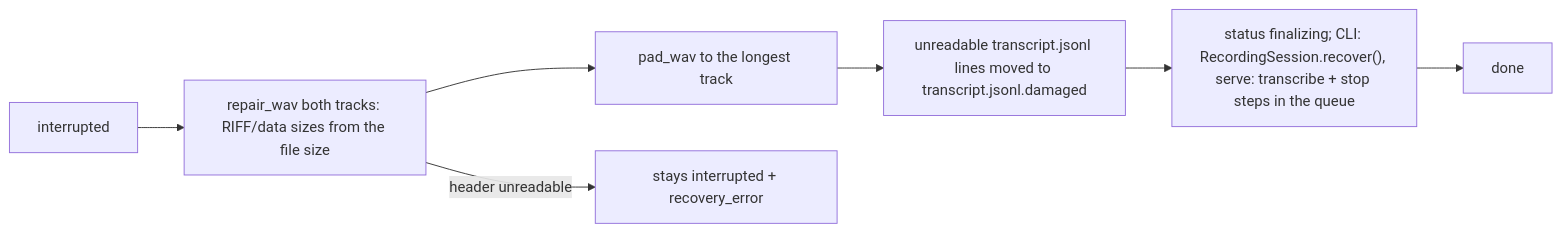
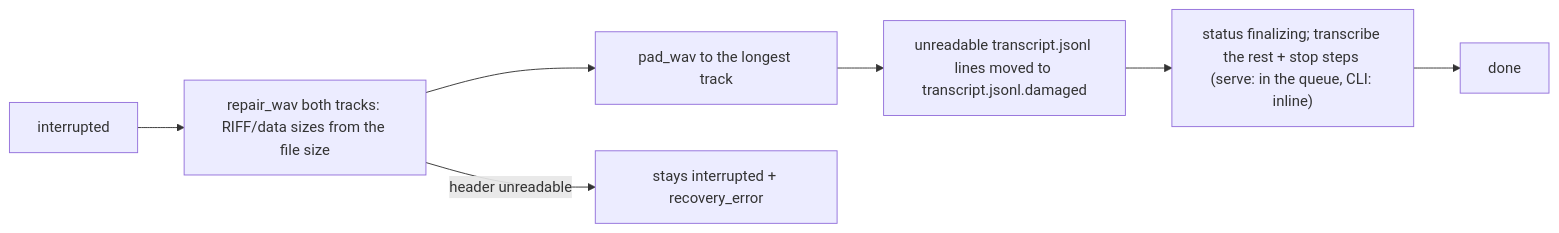
Before and after one commit to laquilas/VozAta: the second of 3 diagrams in docs/roadmap/architecture.md, drawn with Mermaid. The commit also changed other lines of this file and 16 other files, not shown here.

Commit message:
fix(engine): recover interrupted meetings in the CLI through the processing job

````diff
--- a/docs/roadmap/architecture.md
+++ b/docs/roadmap/architecture.md
@@ -428,9 +430,9 @@
 ```mermaid
 graph LR
   I[interrupted] --> R[repair_wav both tracks: RIFF/data sizes from the file size]
   R --> P[pad_wav to the longest track]
   P --> T[unreadable transcript.jsonl lines moved to transcript.jsonl.damaged]
-  T --> F["status finalizing; CLI: RecordingSession.recover(), serve: transcribe + stop steps in the queue"]
+  T --> F["status finalizing; transcribe the rest + stop steps (serve: in the queue, CLI: inline)"]
   F --> D[done]
   R -- header unreadable --> E[stays interrupted + recovery_error]
 ```
````
